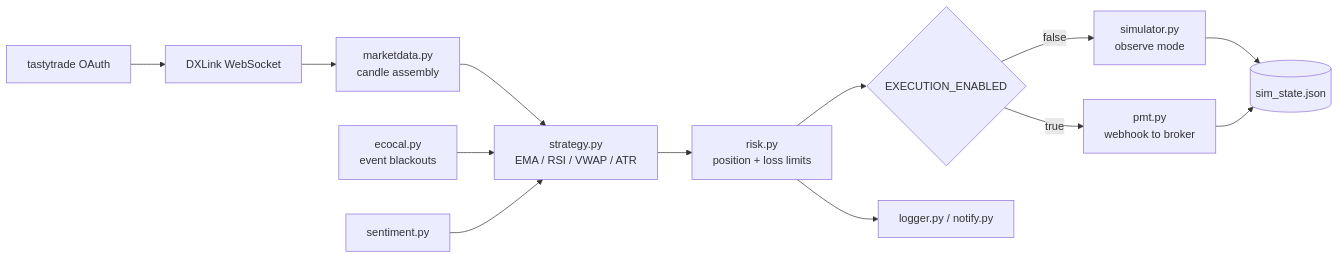
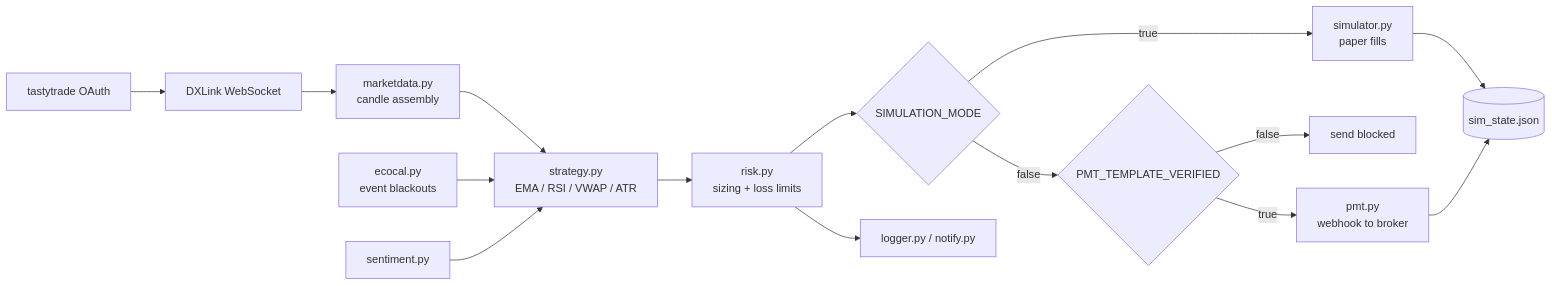
The diagram in README.md (geneailbstr/futures-trading-system), drawn with Mermaid before and after one commit. The commit also changed other lines of this file and 1 other file, not shown here.

````diff
--- a/README.md
+++ b/README.md
@@ -29,15 +29,17 @@
 ```mermaid
 flowchart LR
     A[tastytrade OAuth] --> B[DXLink WebSocket]
     B --> C[marketdata.py<br/>candle assembly]
     C --> D[strategy.py<br/>EMA / RSI / VWAP / ATR]
     E[ecocal.py<br/>event blackouts] --> D
     F[sentiment.py] --> D
-    D --> G[risk.py<br/>position + loss limits]
-    G --> H{EXECUTION_ENABLED}
-    H -- false --> I[simulator.py<br/>observe mode]
-    H -- true --> J[pmt.py<br/>webhook to broker]
-    I --> K[(sim_state.json)]
-    J --> K
-    G --> L[logger.py / notify.py]
+    D --> G[risk.py<br/>sizing + loss limits]
+    G --> H{SIMULATION_MODE}
+    H -- true --> I[simulator.py<br/>paper fills]
+    H -- false --> J{PMT_TEMPLATE_VERIFIED}
+    J -- false --> K[send blocked]
+    J -- true --> L[pmt.py<br/>webhook to broker]
+    I --> M[(sim_state.json)]
+    L --> M
+    G --> N[logger.py / notify.py]
 ```
````
